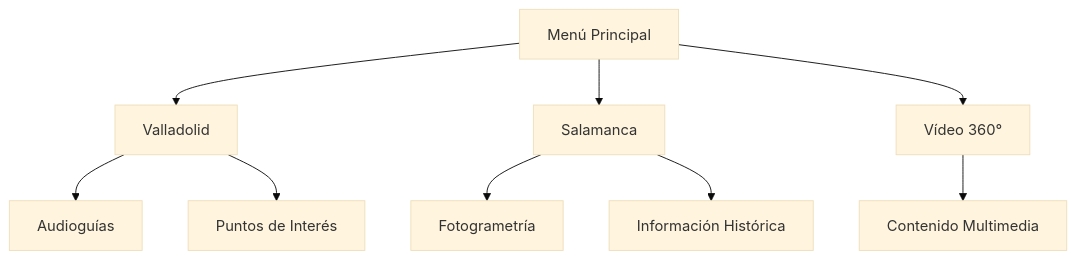
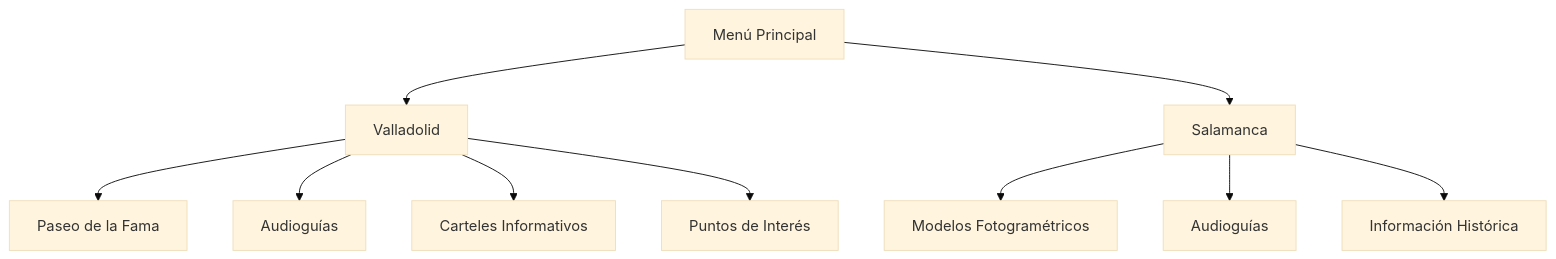
Before and after one commit to AndreiVrTutorials/Proyecto-Intermodular: the diagram in README.md, drawn with Mermaid (base theme). The commit also changed other lines of this file, not shown here.

````diff
--- a/README.md
+++ b/README.md
@@ -67,15 +24,17 @@
 ```mermaid
 flowchart TD
 
-A[Menú Principal] --> B[Valladolid]
+A[Menú Principal]
+
+A --> B[Valladolid]
 A --> C[Salamanca]
-A --> D[Vídeo 360°]
 
+B --> D[Paseo de la Fama]
 B --> E[Audioguías]
-B --> F[Puntos de Interés]
+B --> F[Carteles Informativos]
+B --> G[Puntos de Interés]
 
-C --> G[Fotogrametría]
-C --> H[Información Histórica]
-
-D --> I[Contenido Multimedia]
+C --> H[Modelos Fotogramétricos]
+C --> I[Audioguías]
+C --> J[Información Histórica]
 ```
````
